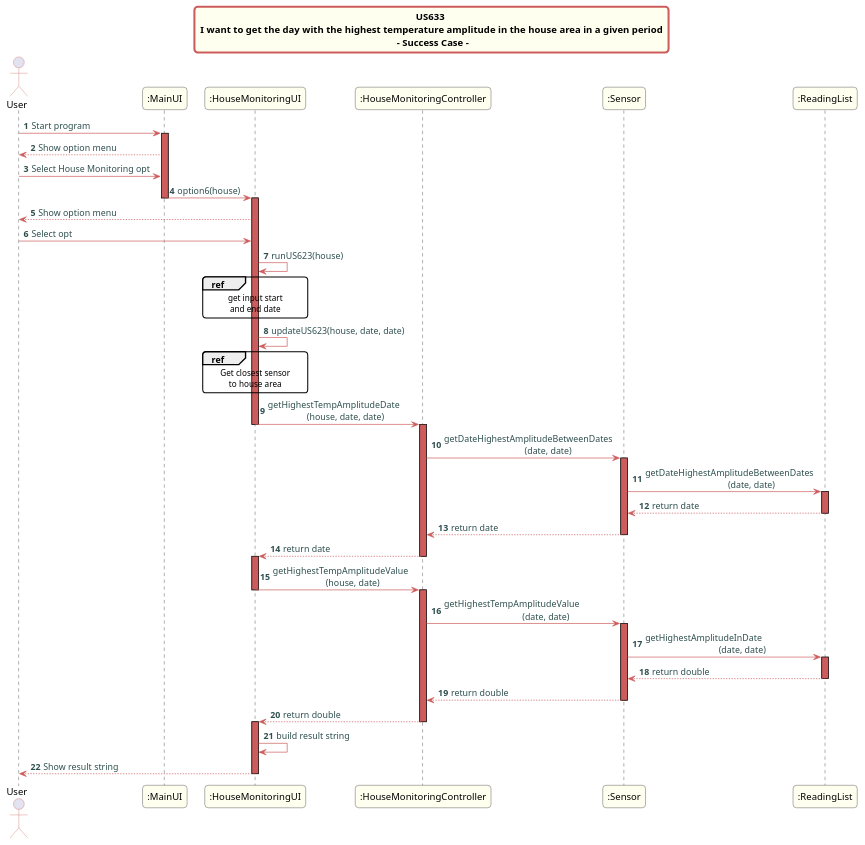
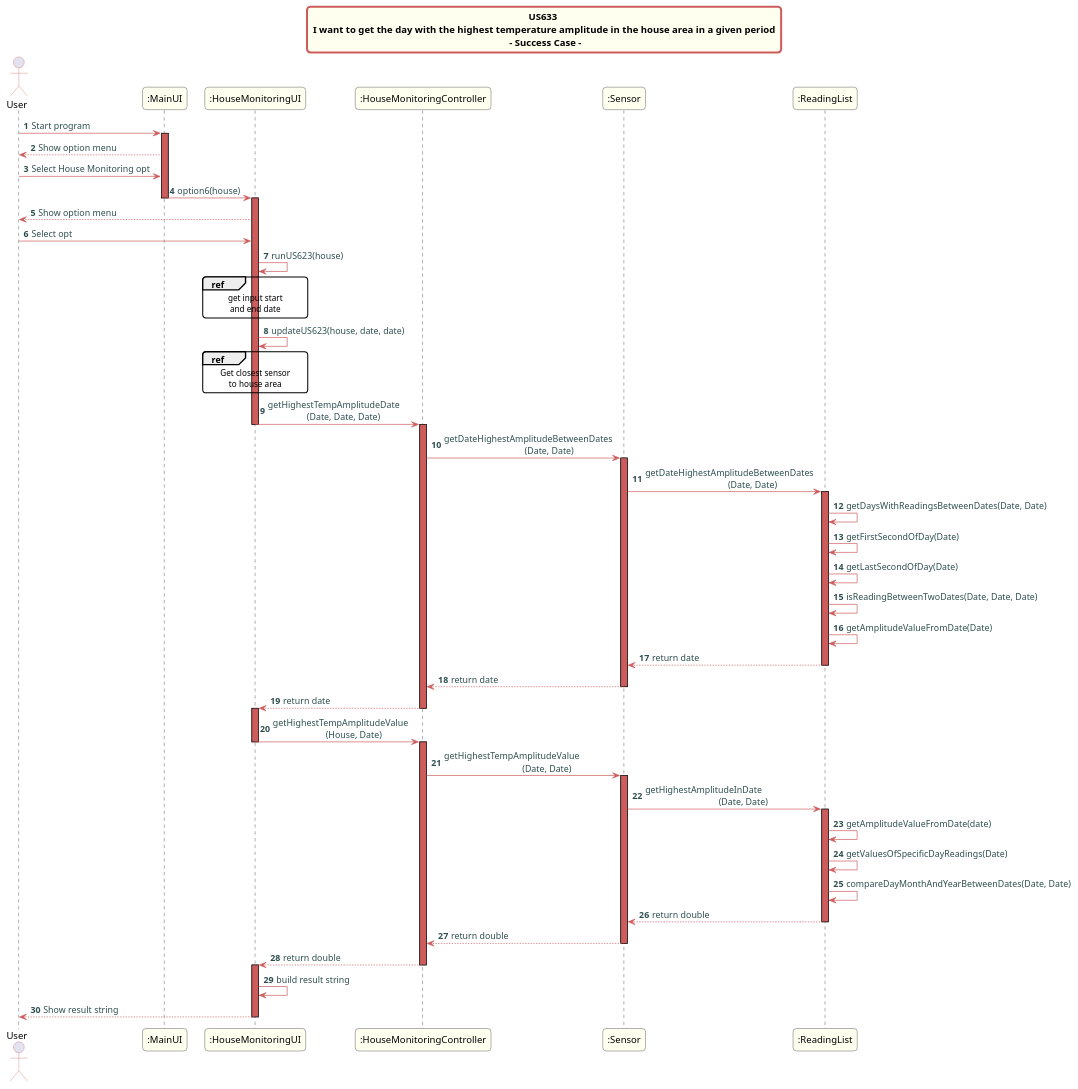
The diagram in src/doc/Controllers/HouseMonitoring/US633/US633_sd_HouseMonitoring.puml (Almadanmp/project), drawn with PlantUML before and after one commit. The commit also changed 1 other file, not shown here.

Commit message:
REF #161 updates sequence diagram

```diff
--- a/src/doc/Controllers/HouseMonitoring/US633/US633_sd_HouseMonitoring.puml
+++ b/src/doc/Controllers/HouseMonitoring/US633/US633_sd_HouseMonitoring.puml
@@ -1,102 +1,109 @@
 @startuml
 skinparam titleBorderRoundCorner 10
 skinparam titleBorderThickness 3
 skinparam titleBorderColor indianred
 skinparam titleBackgroundColor ivory
 skinparam FontName quicksand
 
 skinparam actor {
   BorderColor indianred
   }
 
 skinparam sequence {
   LifeLineBackgroundColor indianred
   ParticipantBackgroundColor ivory
 }
 
 skinparam roundcorner 10
 
 skinparam component {
   arrowThickness 1
   ArrowFontName Verdana
   ArrowColor indianred
   ArrowFontColor darkslategrey
 }
 
 title US633 \n I want to get the day with the highest temperature amplitude in the house area in a given period \n - Success Case -
 
 autonumber
 
 actor User
 
 User -> ":MainUI": Start program
 activate ":MainUI"
 
 ":MainUI" --> User: Show option menu
 User-> ":MainUI": Select House Monitoring opt
 ":MainUI" -> ":HouseMonitoringUI": option6(house)
 deactivate ":MainUI"
 activate ":HouseMonitoringUI"
 ":HouseMonitoringUI" --> User: Show option menu
 User -> ":HouseMonitoringUI": Select opt
 ":HouseMonitoringUI" -> ":HouseMonitoringUI": runUS623(house)
 
 ref over ":HouseMonitoringUI"
 get input start
 and end date
 end ref
 
 ":HouseMonitoringUI" -> ":HouseMonitoringUI": updateUS623(house, date, date)
 ref over ":HouseMonitoringUI"
 Get closest sensor
 to house area
 end ref
 
-":HouseMonitoringUI" -> ":HouseMonitoringController": getHighestTempAmplitudeDate\n                 (house, date, date)
+":HouseMonitoringUI" -> ":HouseMonitoringController": getHighestTempAmplitudeDate\n                 (Date, Date, Date)
 deactivate ":HouseMonitoringUI"
 activate ":HouseMonitoringController"
-":HouseMonitoringController" -> ":Sensor": getDateHighestAmplitudeBetweenDates\n                                   (date, date)
+":HouseMonitoringController" -> ":Sensor": getDateHighestAmplitudeBetweenDates\n                                   (Date, Date)
 
 activate ":Sensor"
 
-":Sensor" -> ":ReadingList": getDateHighestAmplitudeBetweenDates\n                                    (date, date)
+":Sensor" -> ":ReadingList": getDateHighestAmplitudeBetweenDates\n                                    (Date, Date)
 activate ":ReadingList"
+
+":ReadingList"->":ReadingList": getDaysWithReadingsBetweenDates(Date, Date)
+":ReadingList"->":ReadingList": getFirstSecondOfDay(Date)
+":ReadingList"->":ReadingList": getLastSecondOfDay(Date)
+":ReadingList"->":ReadingList": isReadingBetweenTwoDates(Date, Date, Date)
+":ReadingList"->":ReadingList":getAmplitudeValueFromDate(Date)
 
 ":ReadingList" --> ":Sensor": return date
 deactivate ":ReadingList"
 ":Sensor" --> ":HouseMonitoringController": return date
 deactivate ":Sensor"
 
 ":HouseMonitoringController" --> ":HouseMonitoringUI": return date
 deactivate ":HouseMonitoringController"
 activate ":HouseMonitoringUI"
-":HouseMonitoringUI" -> ":HouseMonitoringController": getHighestTempAmplitudeValue\n                       (house, date)
+":HouseMonitoringUI" -> ":HouseMonitoringController": getHighestTempAmplitudeValue\n                       (House, Date)
 deactivate ":HouseMonitoringUI"
 activate ":HouseMonitoringController"
 
-":HouseMonitoringController" -> ":Sensor": getHighestTempAmplitudeValue\n                                  (date, date)
+":HouseMonitoringController" -> ":Sensor": getHighestTempAmplitudeValue\n                                  (Date, Date)
 activate ":Sensor"
-":Sensor" -> ":ReadingList": getHighestAmplitudeInDate\n                                (date, date)
+":Sensor" -> ":ReadingList": getHighestAmplitudeInDate\n                                (Date, Date)
 
 activate ":ReadingList"
-
-
+":ReadingList"->":ReadingList":getAmplitudeValueFromDate(date)
+":ReadingList"->":ReadingList": getValuesOfSpecificDayReadings(Date)
+":ReadingList"->":ReadingList": compareDayMonthAndYearBetweenDates(Date, Date)
 
 ":ReadingList" --> ":Sensor": return double
 deactivate ":ReadingList"
 ":Sensor" --> ":HouseMonitoringController": return double
 deactivate ":Sensor"
 
 ":HouseMonitoringController" --> ":HouseMonitoringUI": return double
 deactivate ":HouseMonitoringController"
 activate ":HouseMonitoringUI"
 
 ":HouseMonitoringUI" -> ":HouseMonitoringUI": build result string
 
 ":HouseMonitoringUI" --> User: Show result string
 deactivate ":HouseMonitoringUI"
 
 deactivate ":MainUI"
 
 
 @enduml
```
